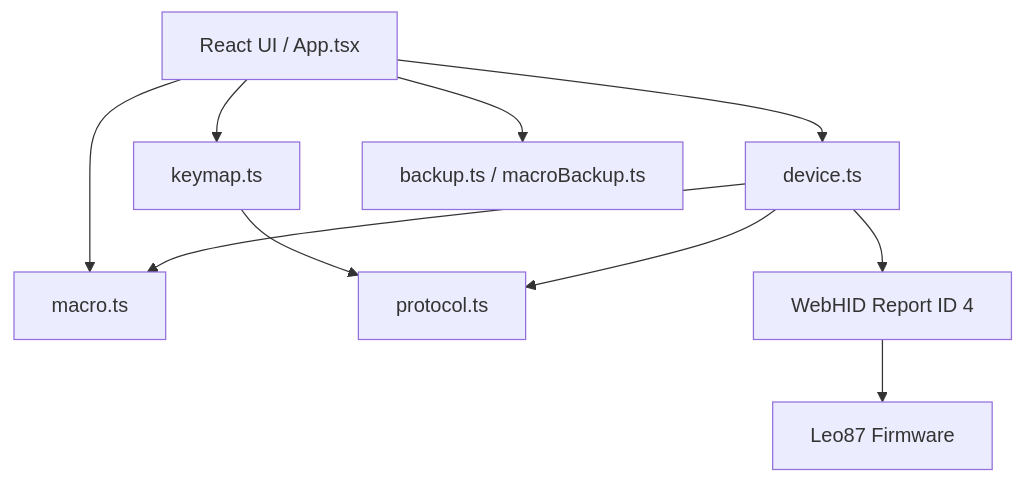
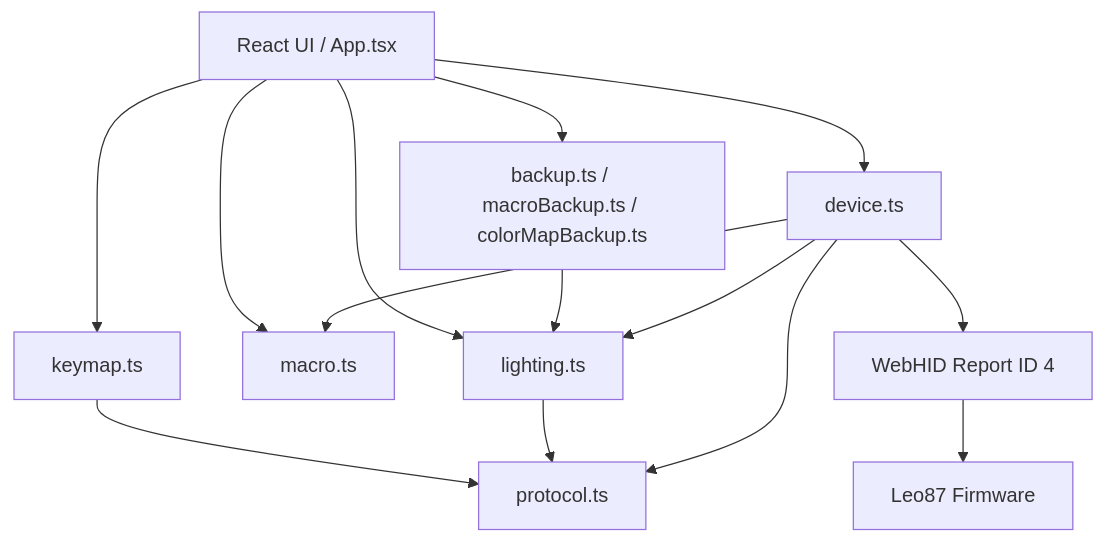
Before and after one commit to cc2562/GeekElite-Lio87-web-driver: the diagram in docs/ARCHITECTURE.md, drawn with Mermaid. The commit also changed other lines of this file and 14 other files, not shown here.

````diff
--- a/docs/ARCHITECTURE.md
+++ b/docs/ARCHITECTURE.md
@@ -18,21 +18,26 @@
 ```mermaid
 flowchart TD
     UI[React UI / App.tsx]
     KM[keymap.ts]
     MP[macro.ts]
+    LT[lighting.ts]
     KP[protocol.ts]
     DEV[device.ts]
-    BK[backup.ts / macroBackup.ts]
+    BK[backup.ts / macroBackup.ts / colorMapBackup.ts]
     HID[WebHID Report ID 4]
     KB[Leo87 Firmware]
 
     UI --> KM
     UI --> MP
+    UI --> LT
     UI --> BK
     UI --> DEV
     KM --> KP
+    LT --> KP
+    BK --> LT
     DEV --> KP
     DEV --> MP
+    DEV --> LT
     DEV --> HID
     HID --> KB
 ```
````
